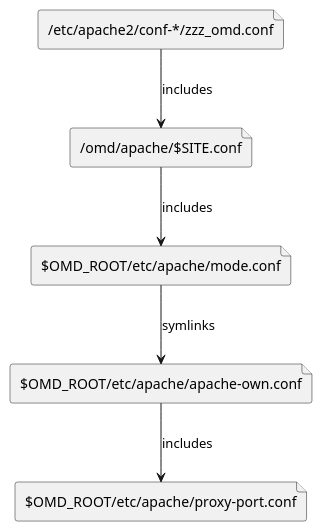
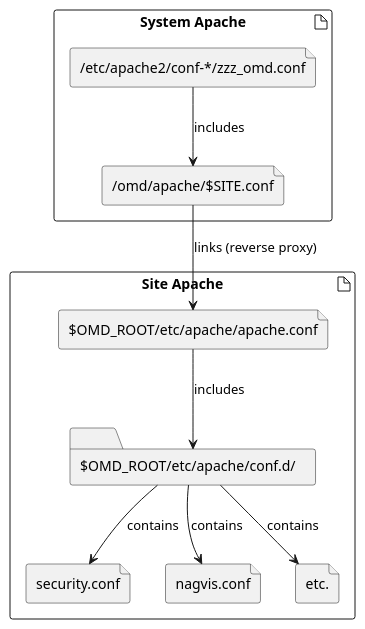
Before and after one commit to Checkmk/checkmk: the diagram in doc/documentation/arch-comp-apache-reverse-proxy.puml, drawn with PlantUML.

Commit message:
Update apache configuration diagram

```diff
--- a/doc/documentation/arch-comp-apache-reverse-proxy.puml
+++ b/doc/documentation/arch-comp-apache-reverse-proxy.puml
@@ -1,14 +1,22 @@
 @startuml
 
-file "/etc/apache2/conf-*/zzz_omd.conf" as system_hook
-file "/omd/apache/$SITE.conf" as site_hook
-file "$OMD_ROOT/etc/apache/mode.conf" as mode_link
-file "$OMD_ROOT/etc/apache/apache-own.conf" as site_conf
-file "$OMD_ROOT/etc/apache/proxy-port.conf" as proxy_conf
+artifact "System Apache" {
+    file "/etc/apache2/conf-*/zzz_omd.conf" as system_hook
+    file "/omd/apache/$SITE.conf" as site_hook
+}
+artifact "Site Apache" {
+    file "$OMD_ROOT/etc/apache/apache.conf" as site_conf
+    folder "$OMD_ROOT/etc/apache/conf.d/" as conf_d
+    file "security.conf" as security_conf
+    file "nagvis.conf" as nagvis_conf
+    file "etc." as etc_conf
+}
 
 system_hook -d-> site_hook : includes
-site_hook -d-> mode_link : includes
-mode_link -d-> site_conf : symlinks
-site_conf -d-> proxy_conf : includes
+site_hook -d-> site_conf : links (reverse proxy)
+site_conf -d-> conf_d : includes
+conf_d -d-> security_conf : contains
+conf_d -d-> nagvis_conf : contains
+conf_d -d-> etc_conf : contains
 
 @enduml
```
